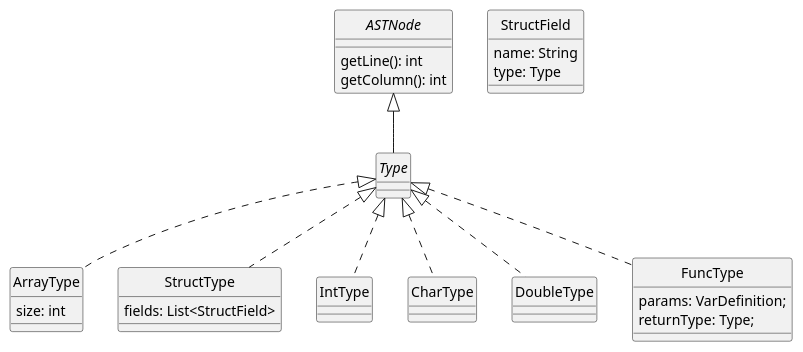
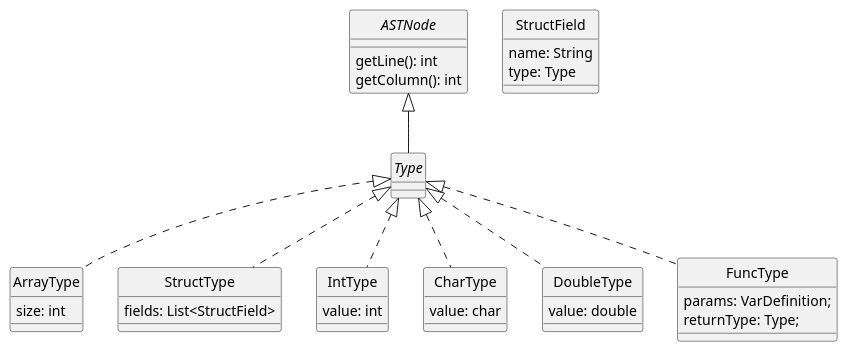
One commit to uo277440/dlp-compiler changed the diagram in docs/diagrams/types.plantuml. Above: the diagram before and after it, drawn with PlantUML. The commit also changed 36 other files, not shown here.

Commit message:
LAB 3 -> creación clases inicial y cambios diagramas

```diff
--- a/docs/diagrams/types.plantuml
+++ b/docs/diagrams/types.plantuml
@@ -1,39 +1,45 @@
 @startuml Types
 skinparam style strictuml
 skinparam monochrome true
 
 interface ASTNode {
     getLine(): int
     getColumn(): int
 }
 class ArrayType{
     size: int
 }
 class StructType {
     fields: List<StructField>
 }
 class StructField{
 name: String
 type: Type
 }
 
 interface Type
 
 ASTNode <|-- Type
 
-class IntType
-class CharType
-class DoubleType
+class IntType{
+value: int
+}
+class CharType{
+    value: char
+        }
+class DoubleType{
+         value: double
+      }
 class FuncType{
 params: VarDefinition;
 returnType: Type;
 }
 
 Type <|.. IntType
 Type <|.. CharType
 Type <|.. DoubleType
 Type <|.. FuncType
 Type <|.. StructType
 Type <|.. ArrayType
 
 @enduml
```
